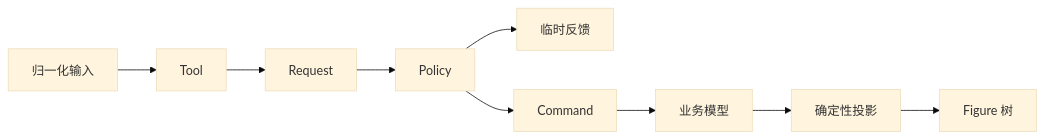
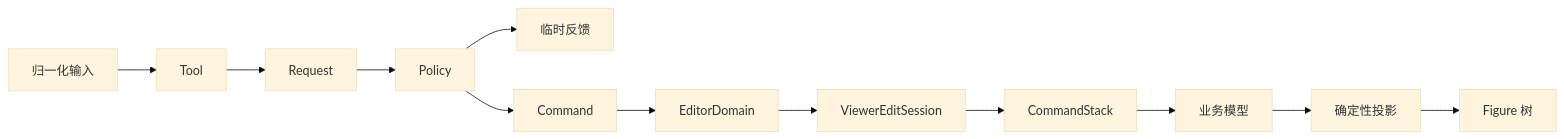
One commit to yezhang/novadraw changed the diagram in engine/wasm_rust/novadraw/book/internals/src/12-editing-protocol.md. Above: the diagram before and after it, drawn with Mermaid (base theme). The commit also changed other lines of this file and 19 other files, not shown here.

````diff
--- a/engine/wasm_rust/novadraw/book/internals/src/12-editing-protocol.md
+++ b/engine/wasm_rust/novadraw/book/internals/src/12-editing-protocol.md
@@ -33,11 +37,14 @@
 ```mermaid
 flowchart LR
     Input[归一化输入] --> Tool
     Tool --> Request
     Request --> Policy
     Policy --> Feedback[临时反馈]
     Policy --> Command
-    Command --> Model[业务模型]
+    Command --> Domain[EditorDomain]
+    Domain --> Session[ViewerEditSession]
+    Session --> Stack[CommandStack]
+    Stack --> Model[业务模型]
     Model --> Viewer[确定性投影]
     Viewer --> Figure[Figure 树]
 ```
````
